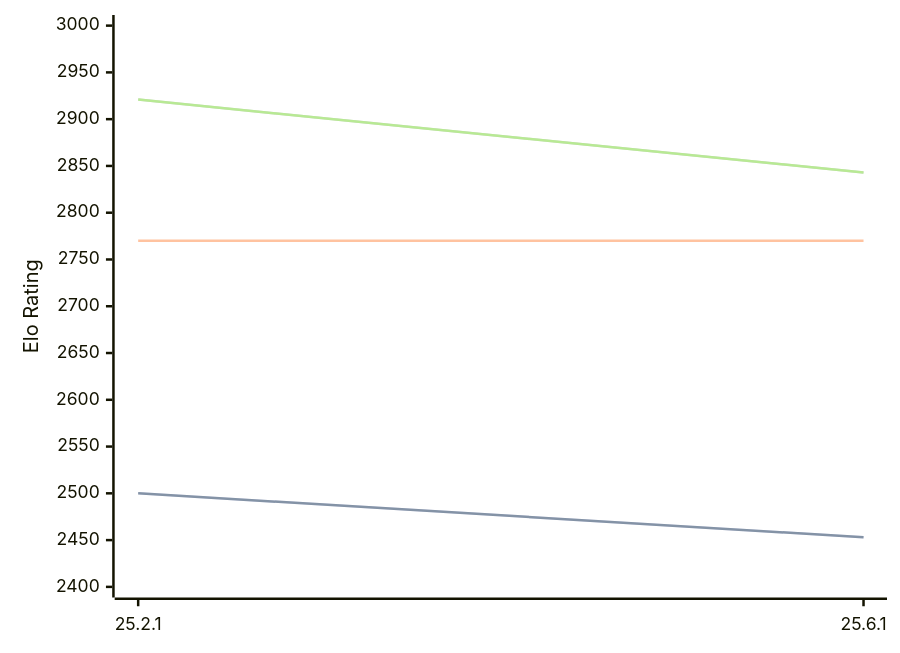
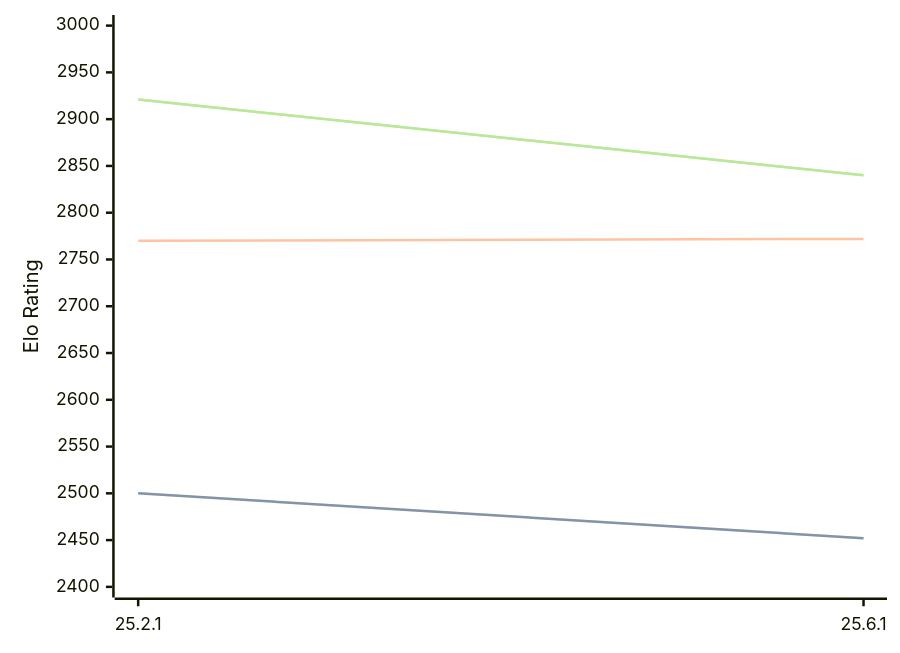
One commit to computer-chess-index/cci changed the diagram in engines/Crafty.md. Above: the diagram before and after it, drawn with Mermaid. The commit also changed other lines of this file, not shown here.

Commit message:
Update CCI Ratings (ELO VLTC) - 2026-07-30

````diff
--- a/engines/Crafty.md
+++ b/engines/Crafty.md
@@ -32,11 +32,11 @@
 ```mermaid
 %%{init: {"theme":"base","themeVariables":{"seriesColors:['#a3a3a3','#222221','#faa371']}}}%%
 xychart-beta
   x-axis ["25.2.1", "25.6.1"]
   y-axis "Elo Rating" 2400 --> 3000
-  line "STC (8.0+0.08s)" [2500, 2453]
-  line "STC (8.0+0.08s)" [2500, 2453]
-  line "LTC (60.0+0.60s)" [2770, 2770]
-  line "VLTC (2m24s+1.12s)" [2921, 2843]
-  line "VLTC (2m24s+1.12s)" [2921, 2843]
+  line "STC (8.0+0.08s)" [2500, 2452]
+  line "STC (8.0+0.08s)" [2500, 2452]
+  line "LTC (60.0+0.60s)" [2770, 2772]
+  line "VLTC (2m24s+1.12s)" [2921, 2840]
+  line "VLTC (2m24s+1.12s)" [2921, 2840]
 ```
````
